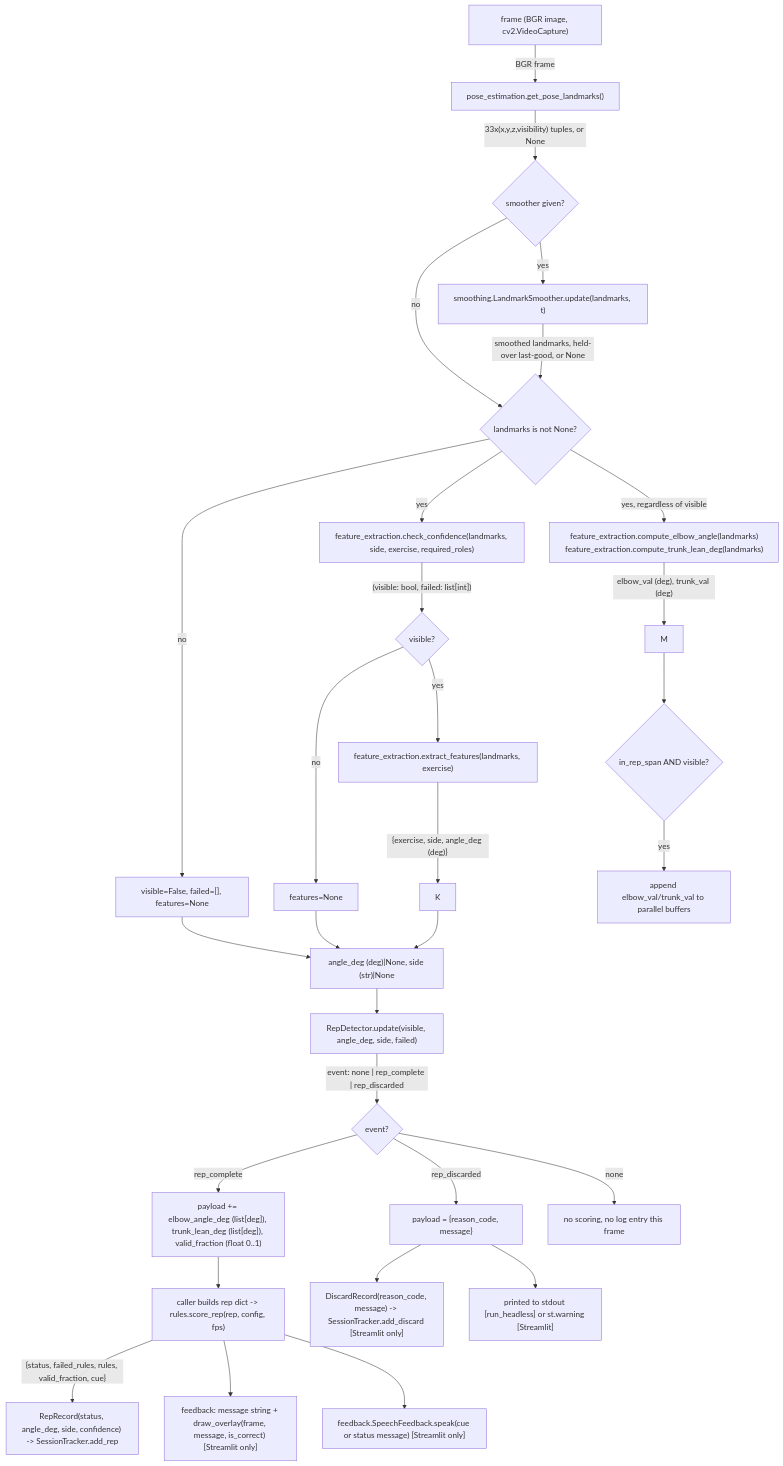
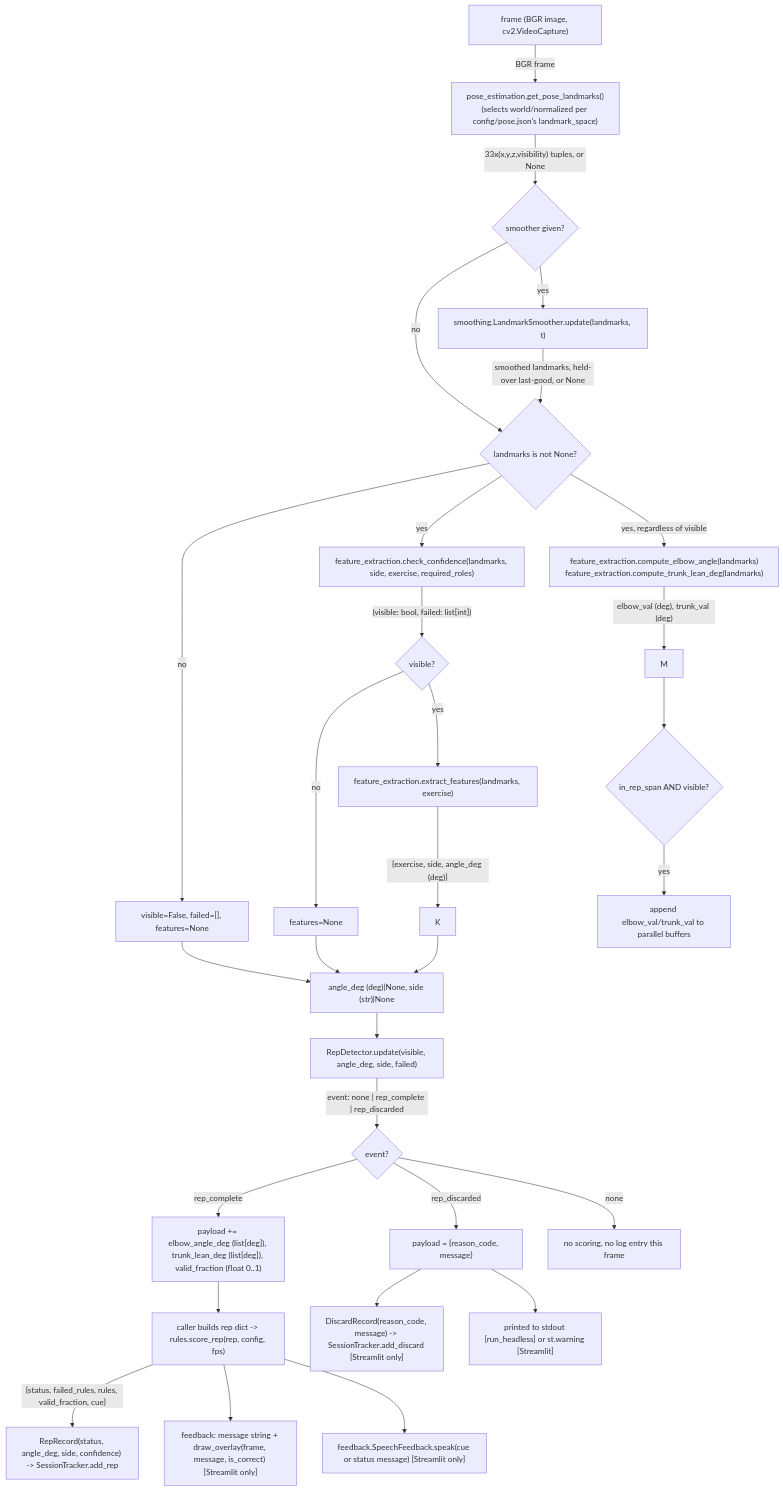
One commit to NaveenVikramR/cvPhysio changed the first of 2 diagrams in docs/data_flow.md. Above: the diagram before and after it, drawn with Mermaid. The commit also changed other lines of this file and 2 other files, not shown here.

First line of the commit message:
Update docs for src/pipeline.py, landmark_space, Session, and the benchmark config

````diff
--- a/docs/data_flow.md
+++ b/docs/data_flow.md
@@ -10,32 +27,32 @@
 ```mermaid
 flowchart TD
-    A["frame (BGR image, cv2.VideoCapture)"] -->|BGR frame| B["pose_estimation.get_pose_landmarks()"]
+    A["frame (BGR image, cv2.VideoCapture)"] -->|BGR frame| B["pose_estimation.get_pose_landmarks()\n(selects world/normalized per config/pose.json's landmark_space)"]
     B -->|"33x(x,y,z,visibility) tuples, or None"| C{"smoother given?"}
     C -->|yes| D["smoothing.LandmarkSmoother.update(landmarks, t)"]
     C -->|no| E
     D -->|"smoothed landmarks, held-over last-good, or None"| E{"landmarks is not None?"}
     E -->|no| F["visible=False, failed=[], features=None"]
     E -->|yes| G["feature_extraction.check_confidence(landmarks, side, exercise, required_roles)"]
     G -->|"(visible: bool, failed: list[int])"| H{"visible?"}
     H -->|no| I["features=None"]
     H -->|yes| J["feature_extraction.extract_features(landmarks, exercise)"]
     J -->|"{exercise, side, angle_deg (deg)}"| K
     E -->|yes, regardless of visible| L["feature_extraction.compute_elbow_angle(landmarks)\nfeature_extraction.compute_trunk_lean_deg(landmarks)"]
     L -->|"elbow_val (deg), trunk_val (deg)"| M
     F --> N
     I --> N
     K --> N["angle_deg (deg)|None, side (str)|None"]
     N --> O["RepDetector.update(visible, angle_deg, side, failed)"]
     M --> P{"in_rep_span AND visible?"}
     P -->|yes| Q["append elbow_val/trunk_val to parallel buffers"]
     O -->|"event: none | rep_complete | rep_discarded"| R{"event?"}
     R -->|rep_complete| S["payload += elbow_angle_deg (list[deg]), trunk_lean_deg (list[deg]), valid_fraction (float 0..1)"]
     S --> T["caller builds rep dict -> rules.score_rep(rep, config, fps)"]
     T -->|"{status, failed_rules, rules, valid_fraction, cue}"| U["RepRecord(status, angle_deg, side, confidence) -> SessionTracker.add_rep"]
     T --> V["feedback: message string + draw_overlay(frame, message, is_correct) [Streamlit only]"]
     T --> W["feedback.SpeechFeedback.speak(cue or status message) [Streamlit only]"]
     R -->|rep_discarded| X["payload = {reason_code, message}"]
     X --> Y["DiscardRecord(reason_code, message) -> SessionTracker.add_discard [Streamlit only]"]
     X --> Z["printed to stdout [run_headless] or st.warning [Streamlit]"]
     R -->|none| AA["no scoring, no log entry this frame"]
 ```
````
